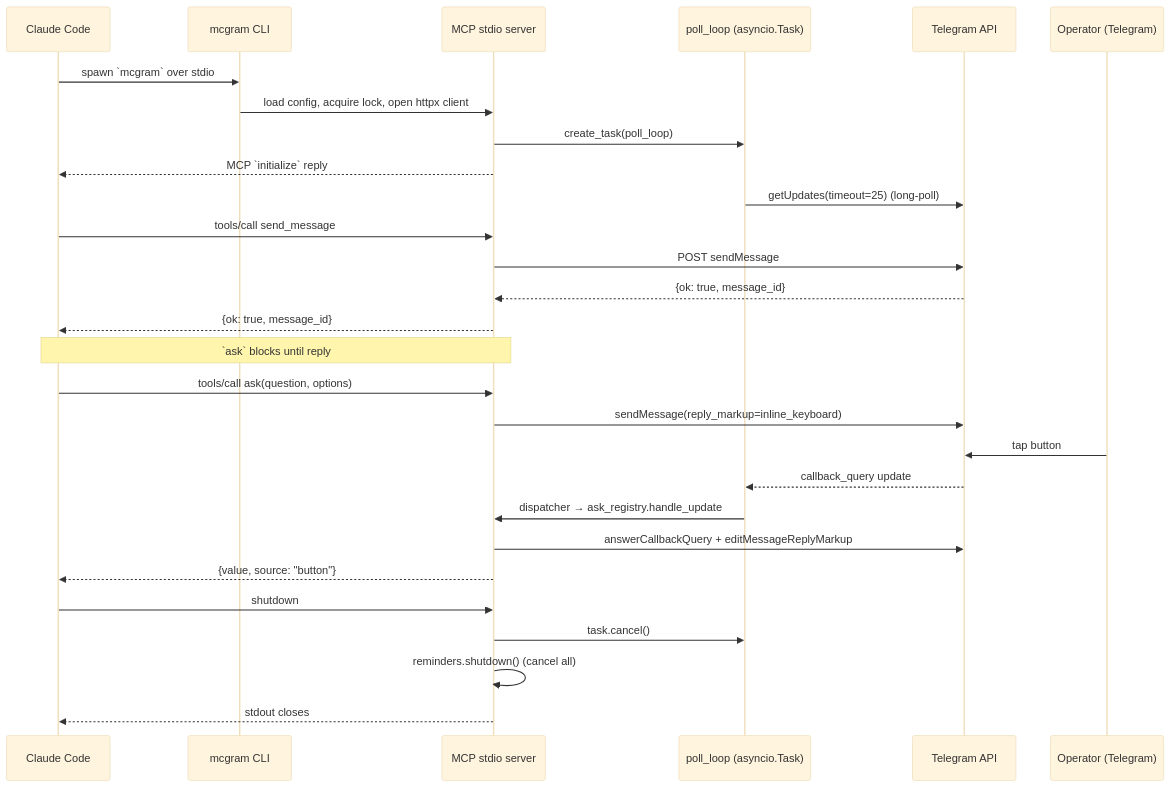
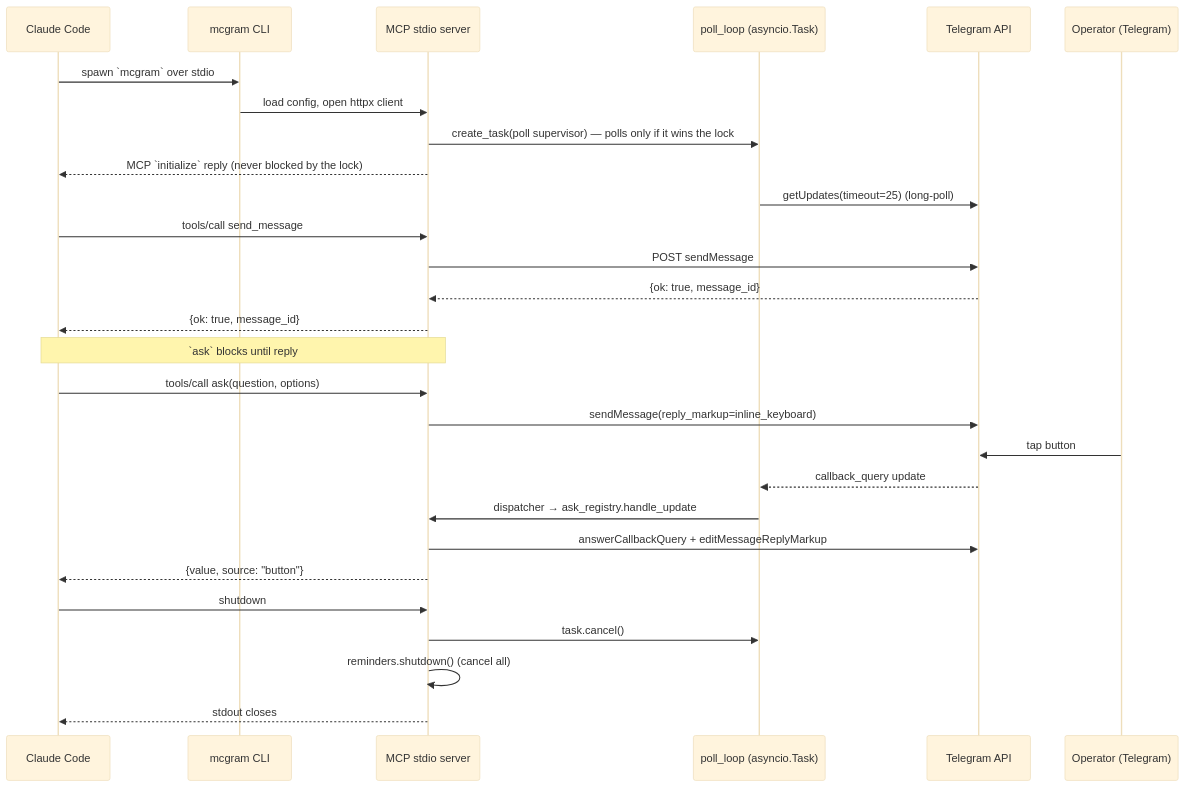
One commit to tvtdev94/mcgram changed the diagram in docs/architecture.md. Above: the diagram before and after it, drawn with Mermaid (base theme). The commit also changed other lines of this file and 19 other files, not shown here.

````diff
--- a/docs/architecture.md
+++ b/docs/architecture.md
@@ -47,35 +52,35 @@
 ```mermaid
 sequenceDiagram
     participant CC as Claude Code
     participant CLI as mcgram CLI
     participant SRV as MCP stdio server
     participant POLL as poll_loop (asyncio.Task)
     participant TG as Telegram API
     participant USR as Operator (Telegram)
 
     CC->>CLI: spawn `mcgram` over stdio
-    CLI->>SRV: load config, acquire lock, open httpx client
-    SRV->>POLL: create_task(poll_loop)
-    SRV-->>CC: MCP `initialize` reply
+    CLI->>SRV: load config, open httpx client
+    SRV->>POLL: create_task(poll supervisor) — polls only if it wins the lock
+    SRV-->>CC: MCP `initialize` reply (never blocked by the lock)
     POLL->>TG: getUpdates(timeout=25)  (long-poll)
 
     CC->>SRV: tools/call send_message
     SRV->>TG: POST sendMessage
     TG-->>SRV: {ok: true, message_id}
     SRV-->>CC: {ok: true, message_id}
 
     Note over CC,SRV: `ask` blocks until reply
 
     CC->>SRV: tools/call ask(question, options)
     SRV->>TG: sendMessage(reply_markup=inline_keyboard)
     USR->>TG: tap button
     TG-->>POLL: callback_query update
     POLL->>SRV: dispatcher → ask_registry.handle_update
     SRV->>TG: answerCallbackQuery + editMessageReplyMarkup
     SRV-->>CC: {value, source: "button"}
 
     CC->>SRV: shutdown
     SRV->>POLL: task.cancel()
     SRV->>SRV: reminders.shutdown() (cancel all)
     SRV-->>CC: stdout closes
 ```
````
